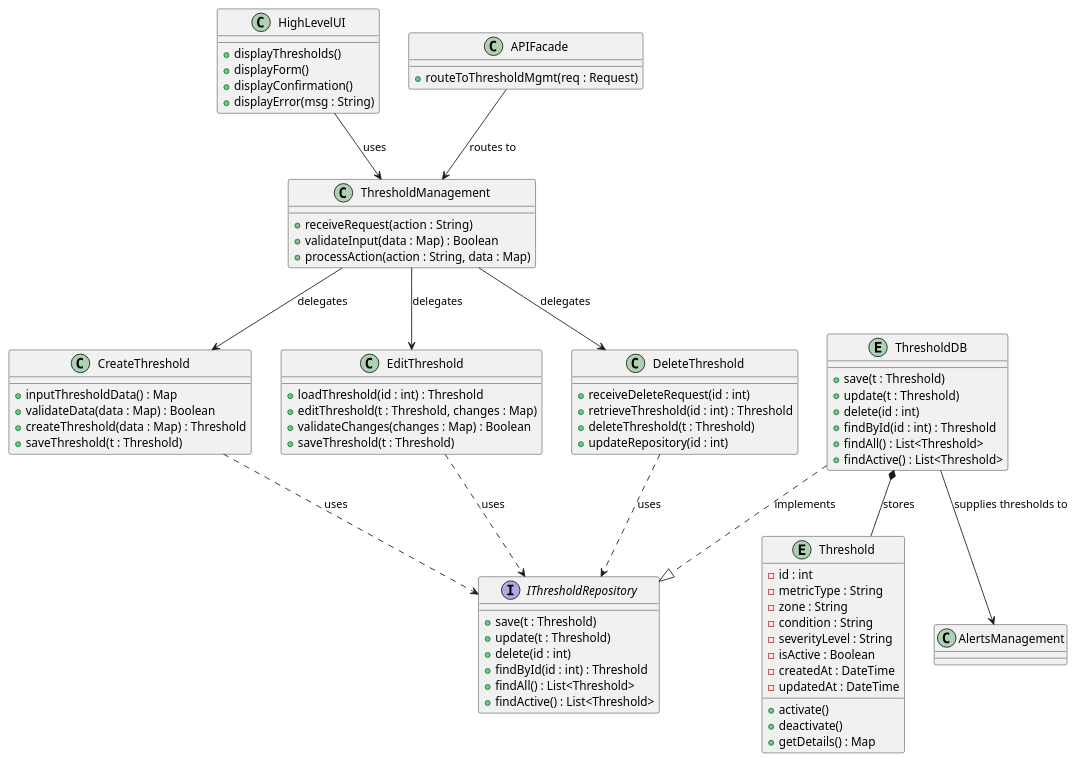
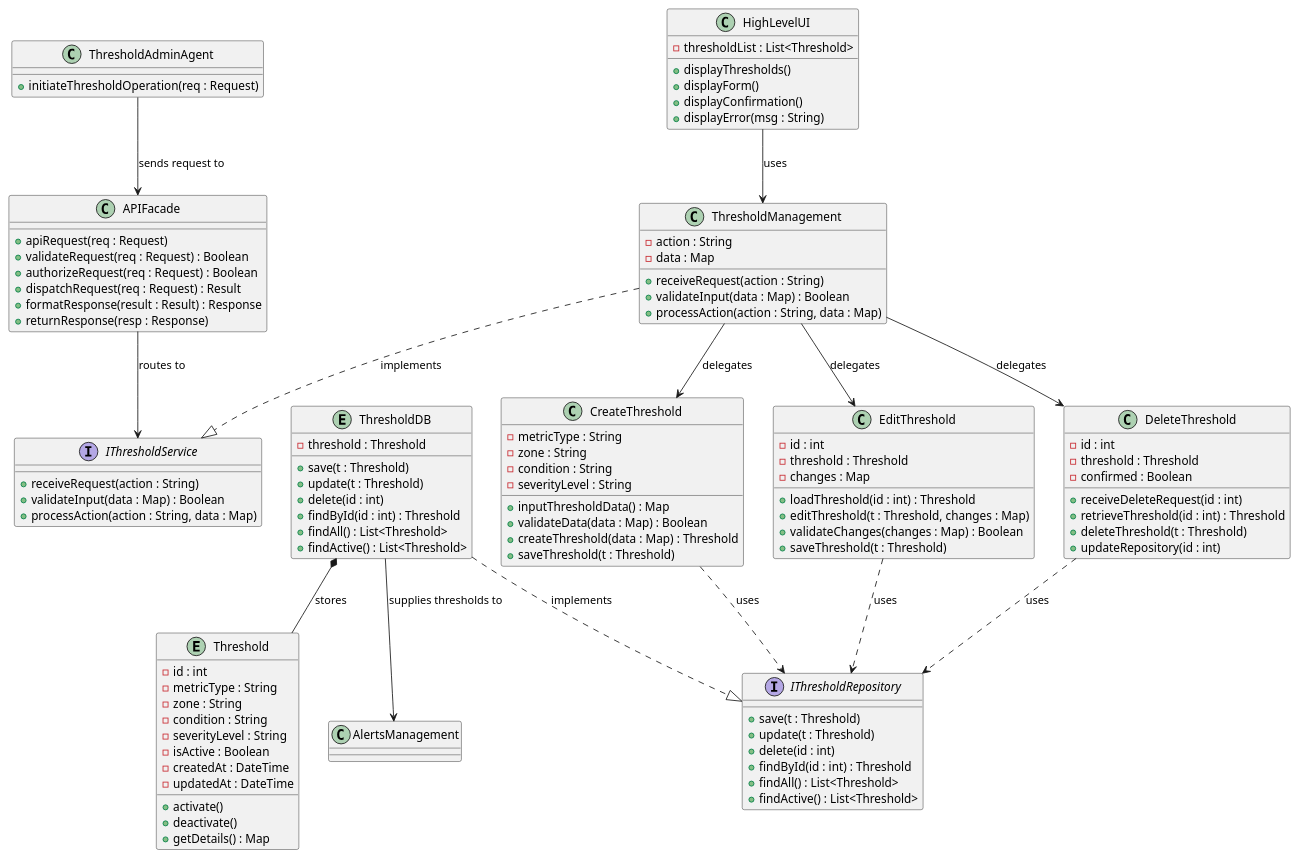
The diagram in docs/diagrams/plantuml/class/thresh_subsystem.puml (harmanpreet-sagar/SFWRENG-3A04-Group6-T01), drawn with PlantUML before and after one commit.

Commit message:
update threshold subsystem class diagram

```diff
--- a/docs/diagrams/plantuml/class/thresh_subsystem.puml
+++ b/docs/diagrams/plantuml/class/thresh_subsystem.puml
@@ -1,88 +1,136 @@
 @startuml ThresholdManagement_ClassDiagram
 
+class ThresholdAdminAgent {
+  +initiateThresholdOperation(req : Request)
+}
+
+class APIFacade {
+  +apiRequest(req : Request)
+  +validateRequest(req : Request) : Boolean
+  +authorizeRequest(req : Request) : Boolean
+  +dispatchRequest(req : Request) : Result
+  +formatResponse(result : Result) : Response
+  +returnResponse(resp : Response)
+}
+
+interface IThresholdService {
+  +receiveRequest(action : String)
+  +validateInput(data : Map) : Boolean
+  +processAction(action : String, data : Map)
+}
+
 class HighLevelUI {
+  -thresholdList : List<Threshold>
   +displayThresholds()
   +displayForm()
   +displayConfirmation()
   +displayError(msg : String)
 }
 
-class APIFacade {
-  +routeToThresholdMgmt(req : Request)
-}
-
 class ThresholdManagement {
+  -action : String
+  -data : Map
   +receiveRequest(action : String)
   +validateInput(data : Map) : Boolean
   +processAction(action : String, data : Map)
 }
 
 class CreateThreshold {
+  -metricType : String
+  -zone : String
+  -condition : String
+  -severityLevel : String
   +inputThresholdData() : Map
   +validateData(data : Map) : Boolean
   +createThreshold(data : Map) : Threshold
   +saveThreshold(t : Threshold)
 }
 
 class EditThreshold {
+  -id : int
+  -threshold : Threshold
+  -changes : Map
   +loadThreshold(id : int) : Threshold
   +editThreshold(t : Threshold, changes : Map)
   +validateChanges(changes : Map) : Boolean
   +saveThreshold(t : Threshold)
 }
 
 class DeleteThreshold {
+  -id : int
+  -threshold : Threshold
+  -confirmed : Boolean
   +receiveDeleteRequest(id : int)
   +retrieveThreshold(id : int) : Threshold
   +deleteThreshold(t : Threshold)
   +updateRepository(id : int)
 }
 
 interface IThresholdRepository {
   +save(t : Threshold)
   +update(t : Threshold)
   +delete(id : int)
   +findById(id : int) : Threshold
   +findAll() : List<Threshold>
   +findActive() : List<Threshold>
 }
 
 entity ThresholdDB {
+  -threshold : Threshold
   +save(t : Threshold)
   +update(t : Threshold)
   +delete(id : int)
   +findById(id : int) : Threshold
   +findAll() : List<Threshold>
   +findActive() : List<Threshold>
 }
 
 entity Threshold {
   -id : int
   -metricType : String
   -zone : String
   -condition : String
   -severityLevel : String
   -isActive : Boolean
   -createdAt : DateTime
   -updatedAt : DateTime
   +activate()
   +deactivate()
   +getDetails() : Map
 }
 
 class AlertsManagement {
 }
 
-HighLevelUI --> ThresholdManagement : uses
-APIFacade --> ThresholdManagement : routes to
-ThresholdManagement --> CreateThreshold : delegates
-ThresholdManagement --> EditThreshold : delegates
-ThresholdManagement --> DeleteThreshold : delegates
-CreateThreshold ..> IThresholdRepository : uses
-EditThreshold ..> IThresholdRepository : uses
-DeleteThreshold ..> IThresholdRepository : uses
-ThresholdDB ..|> IThresholdRepository : implements
-ThresholdDB *-- Threshold : stores
-ThresholdDB --> AlertsManagement : supplies thresholds to
+' Boundary → APIFacade
+ThresholdAdminAgent --> APIFacade          : sends request to
+
+' APIFacade routes through interface
+APIFacade --> IThresholdService            : routes to
+
+' HighLevelUI communicates with ThresholdManagement directly (display layer)
+HighLevelUI --> ThresholdManagement        : uses
+
+' ThresholdManagement implements the service interface
+ThresholdManagement ..|> IThresholdService : implements
+
+' ThresholdManagement delegates to operation controllers
+ThresholdManagement --> CreateThreshold    : delegates
+ThresholdManagement --> EditThreshold      : delegates
+ThresholdManagement --> DeleteThreshold    : delegates
+
+' Operation controllers depend on the repository interface
+CreateThreshold ..> IThresholdRepository   : uses
+EditThreshold ..> IThresholdRepository     : uses
+DeleteThreshold ..> IThresholdRepository   : uses
+
+' ThresholdDB implements the repository interface
+ThresholdDB ..|> IThresholdRepository      : implements
+
+' ThresholdDB owns Threshold records
+ThresholdDB *-- Threshold                  : stores
+
+' ThresholdDB supplies active thresholds to AlertsManagement
+ThresholdDB --> AlertsManagement           : supplies thresholds to
 
 @enduml
```
